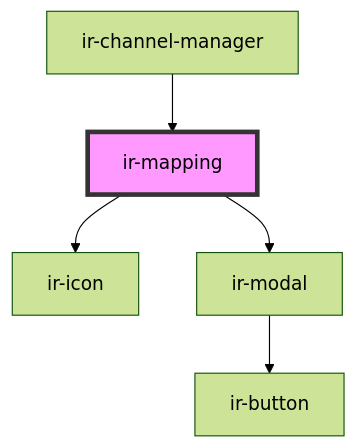
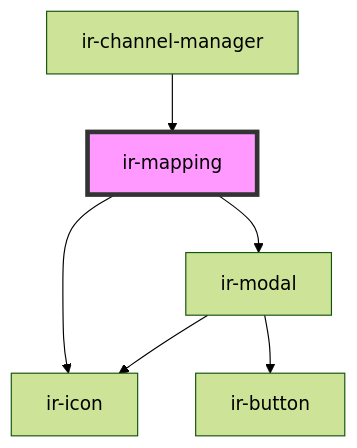
Before and after one commit to freddynasr/ir-webcmp: the diagram in src/components/ir-channel/ir-mapping/readme.md, drawn with Mermaid (forest theme). The commit also changed 12 other files, not shown here.

````diff
--- a/src/components/ir-channel/ir-mapping/readme.md
+++ b/src/components/ir-channel/ir-mapping/readme.md
@@ -47,8 +47,9 @@
 ```mermaid
 graph TD;
   ir-mapping --> ir-icon
   ir-mapping --> ir-modal
+  ir-modal --> ir-icon
   ir-modal --> ir-button
   ir-channel-manager --> ir-mapping
   style ir-mapping fill:#f9f,stroke:#333,stroke-width:4px
 ```
````
